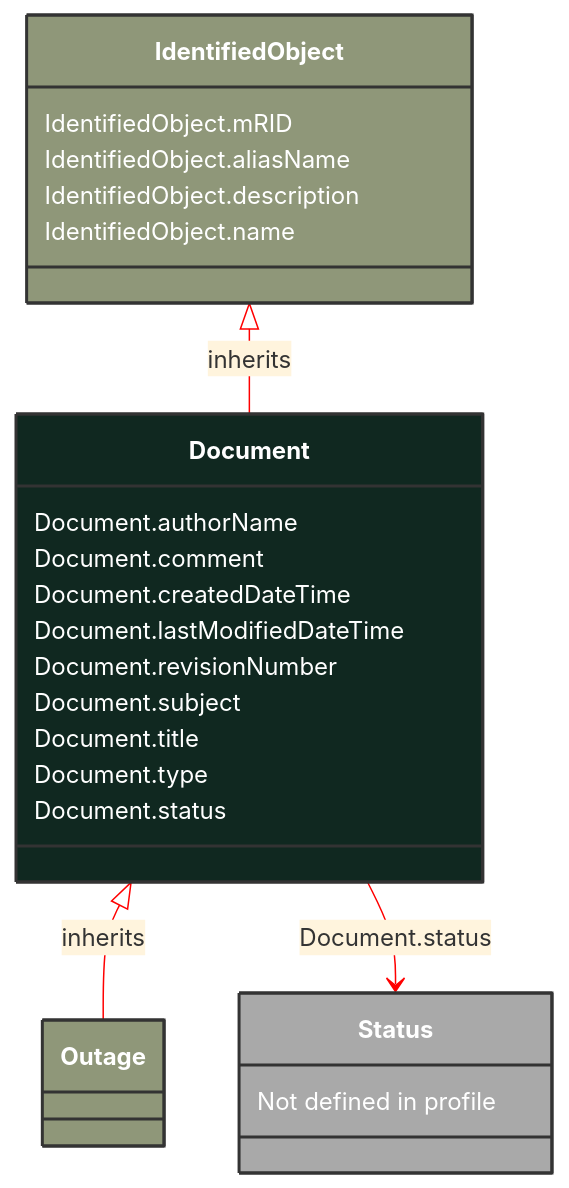
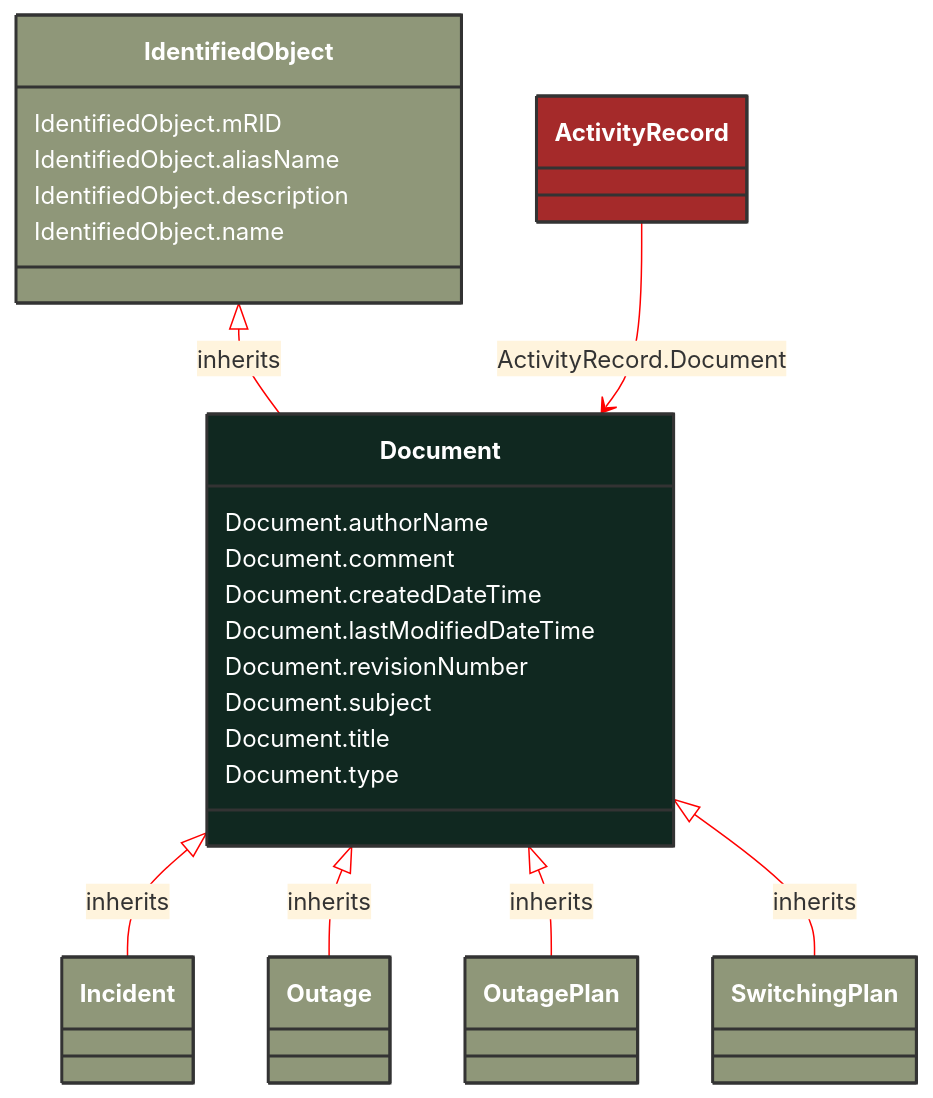
Before and after one commit to 3lbits/NoCIMExtensions: the diagram in docs/Models/Profiles/Outage/AbstractClasses/Document.md, drawn with Mermaid. The commit also changed other lines of this file and 18 other files, not shown here.

````diff
--- a/docs/Models/Profiles/Outage/AbstractClasses/Document.md
+++ b/docs/Models/Profiles/Outage/AbstractClasses/Document.md
@@ -10,39 +10,56 @@
 ```mermaid
 %%{init: {'theme':'base','themeVariables': {'lineColor': '#FF0000'}}}%%
 classDiagram
     class Document
     click Document href "/Models/Profiles/Outage/AbstractClasses/Document/"
     style Document fill:#102820,stroke:#333,stroke-width:2px,rx:10,ry:10,color:white
 
+        Document <|-- Incident : inherits
+
+        Incident
+            click Incident href "/Models/Profiles/Outage/AbstractClasses/Incident/"
+            style Incident fill:#8F9779,stroke:#333,stroke-width:2px,rx:10,ry:10,color:white
+
         Document <|-- Outage : inherits
 
         Outage
             click Outage href "/Models/Profiles/Outage/AbstractClasses/Outage/"
             style Outage fill:#8F9779,stroke:#333,stroke-width:2px,rx:10,ry:10,color:white
+
+        Document <|-- OutagePlan : inherits
+
+        OutagePlan
+            click OutagePlan href "/Models/Profiles/Outage/AbstractClasses/OutagePlan/"
+            style OutagePlan fill:#8F9779,stroke:#333,stroke-width:2px,rx:10,ry:10,color:white
+
+        Document <|-- SwitchingPlan : inherits
+
+        SwitchingPlan
+            click SwitchingPlan href "/Models/Profiles/Outage/AbstractClasses/SwitchingPlan/"
+            style SwitchingPlan fill:#8F9779,stroke:#333,stroke-width:2px,rx:10,ry:10,color:white
      
         IdentifiedObject <|-- Document : inherits
             click IdentifiedObject href "/Models/Profiles/Outage/AbstractClasses/IdentifiedObject/"
             style IdentifiedObject fill:#8F9779,stroke:#333,stroke-width:2px,rx:10,ry:10,color:white
 
-        Document --> Status : Document.status
 
-        Status : Not defined in profile
+        ActivityRecord --> Document : ActivityRecord.Document
 
-        Status
-            style Status fill:#A9A9A9,stroke:#333,stroke-width:2px,rx:10,ry:10,color:white
+        ActivityRecord
+            click ActivityRecord href "/Models/Profiles/Outage/AbstractClasses/ActivityRecord/"
+            style ActivityRecord fill:#A52A2A,stroke:#333,stroke-width:2px,rx:10,ry:10,color:white
 
 
         Document : Document.authorName
         Document : Document.comment
         Document : Document.createdDateTime
         Document : Document.lastModifiedDateTime
         Document : Document.revisionNumber
         Document : Document.subject
         Document : Document.title
         Document : Document.type
-        Document : Document.status
         IdentifiedObject : IdentifiedObject.mRID
         IdentifiedObject : IdentifiedObject.aliasName
         IdentifiedObject : IdentifiedObject.description
         IdentifiedObject : IdentifiedObject.name
 ```
````
